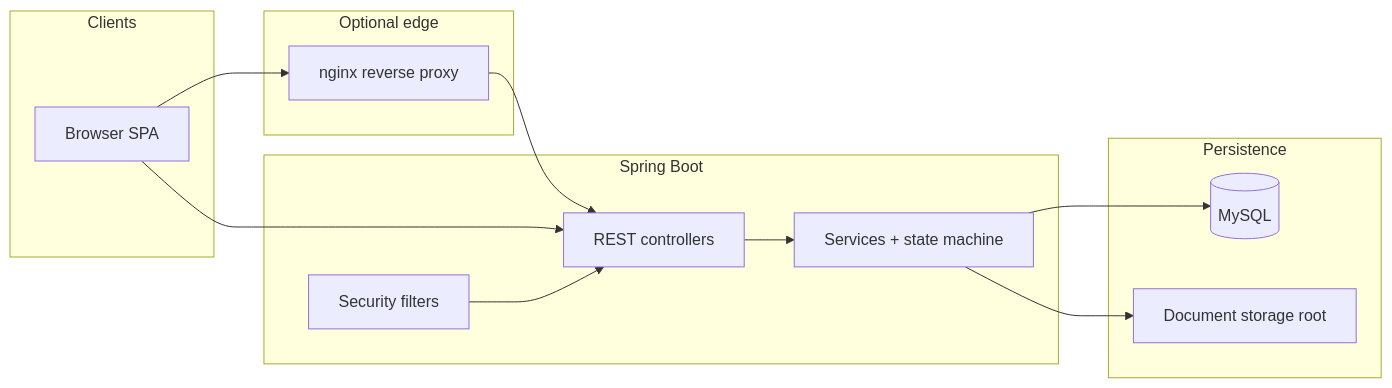
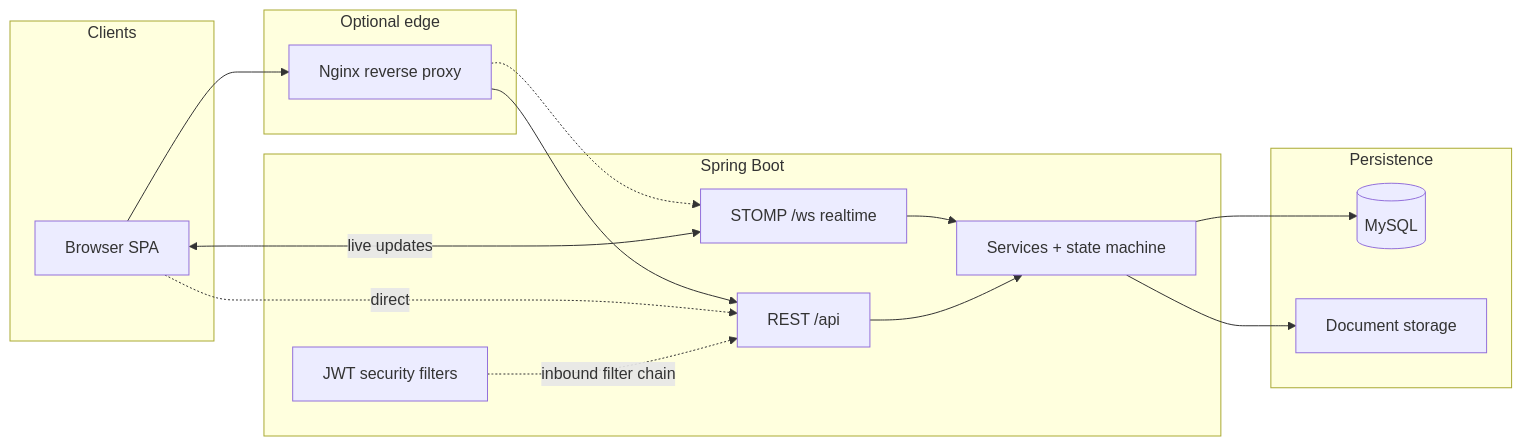
One commit to Emmizo/compliancePortal changed the first of 2 diagrams in docs/DESIGN.md. Above: the diagram before and after it, drawn with Mermaid. The commit also changed other lines of this file and 18 other files, not shown here.

````diff
--- a/docs/DESIGN.md
+++ b/docs/DESIGN.md
@@ -13,25 +13,29 @@
 ```mermaid
 flowchart LR
   subgraph clients [Clients]
     Browser[Browser SPA]
   end
   subgraph edge [Optional edge]
-    Nginx[nginx reverse proxy]
+    Nginx[Nginx reverse proxy]
   end
   subgraph backend [Spring Boot]
-    API[REST controllers]
+    API[REST /api]
+    WS[STOMP /ws realtime]
     SVC[Services + state machine]
-    SEC[Security filters]
+    SEC[JWT security filters]
   end
   subgraph data [Persistence]
     DB[(MySQL)]
-    FS[Document storage root]
+    FS[Document storage]
   end
   Browser --> Nginx
   Nginx --> API
-  Browser --> API
-  SEC --> API
+  Nginx -.-> WS
+  Browser -. direct .-> API
+  Browser <-->|live updates| WS
+  WS --> SVC
+  SEC -. inbound filter chain .-> API
   API --> SVC
   SVC --> DB
   SVC --> FS
 ```
````
